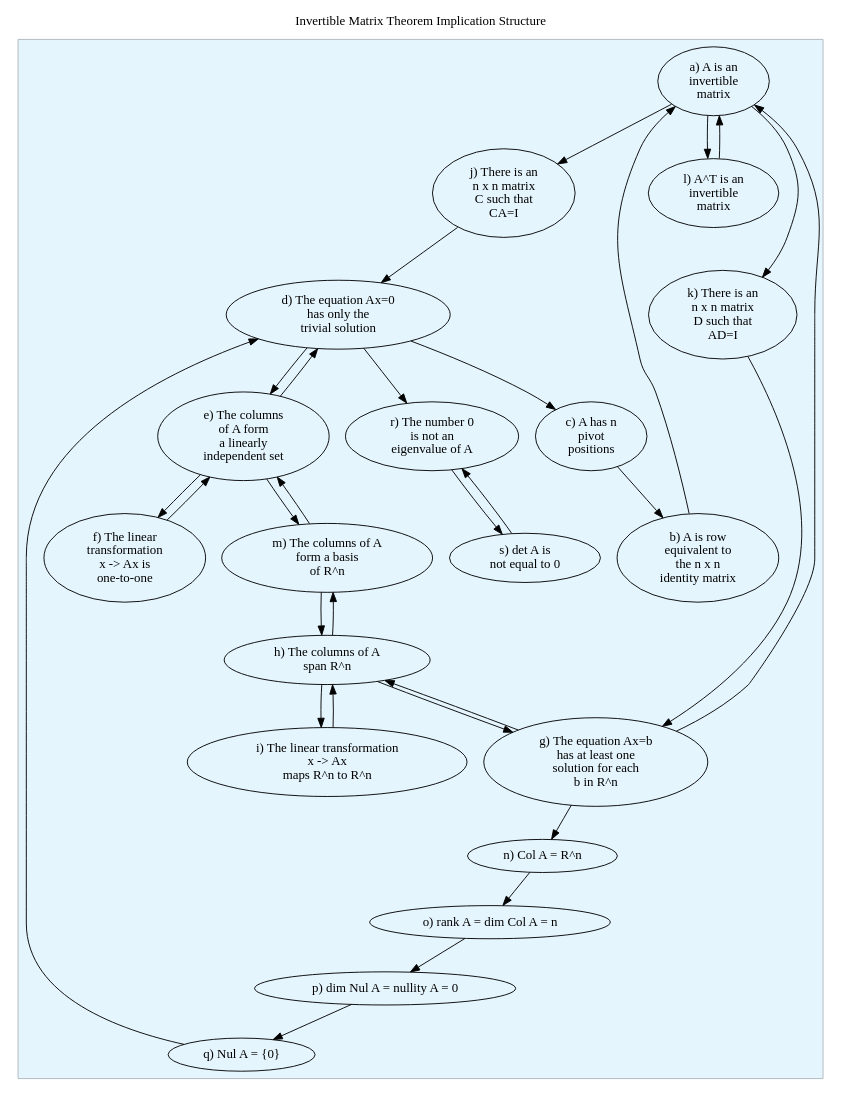
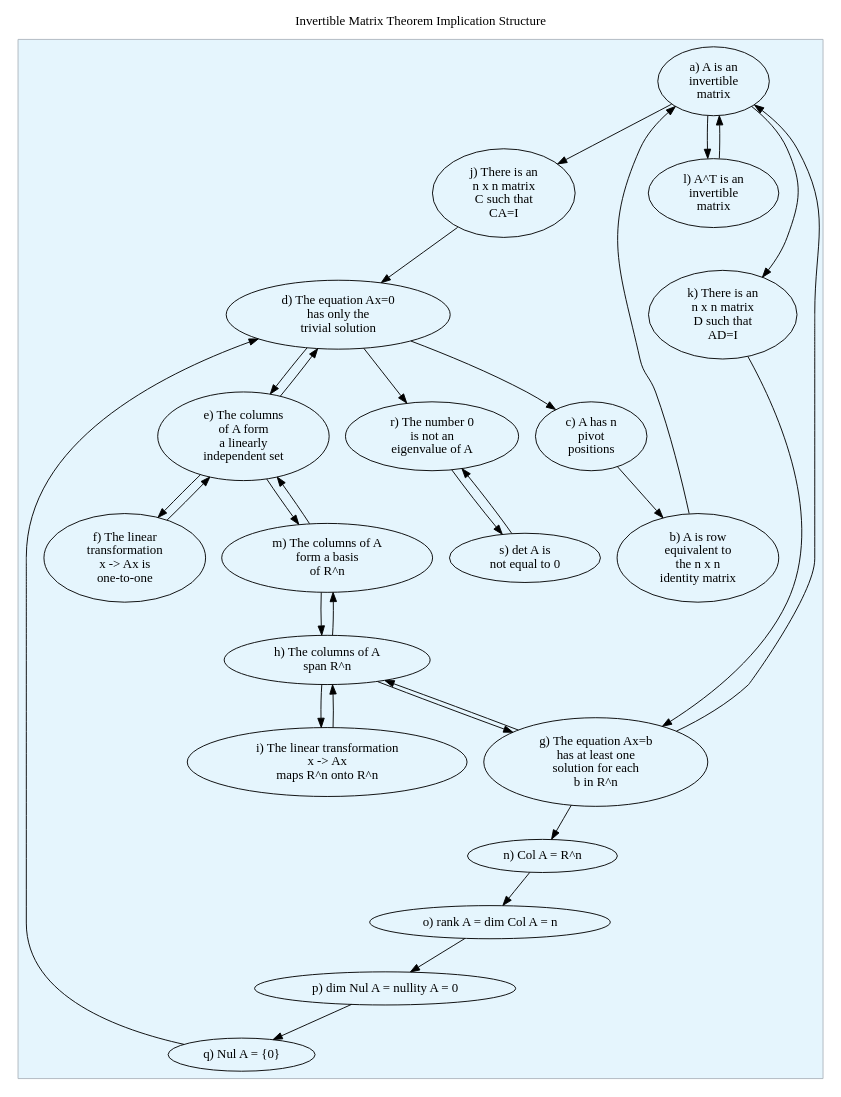
Before and after one commit to jllovet/jhu-en-625-252-fa26-linear-algebra: the diagram in disucssion-6/invertible-matrix-theorem.dot, drawn with Graphviz. The commit also changed 2 other files, not shown here.

Commit message:
Update IMT diagram to use LaTeX, add script to render

```diff
--- a/disucssion-6/invertible-matrix-theorem.dot
+++ b/disucssion-6/invertible-matrix-theorem.dot
@@ -1,63 +1,88 @@
 digraph G {
     rankdir="TB"
     ratio=auto
     ranksep=auto
     // layout=neato
     // overlap=false
 
+    // dot2tex: LaTeX preamble for the standalone document
+    d2tdocpreamble="\usepackage{amsmath}\usepackage{amssymb}"
+
     label="Invertible Matrix Theorem Implication Structure"
+    texlbl="\textbf{Invertible Matrix Theorem Implication Structure}"
     labelloc="t"
 
     // Nodes
+    // `label` is used by plain Graphviz (dot -Tpng); `texlbl` is used by dot2tex.
     subgraph cluster_imt {
         label=""
+        texlbl=""
         style=rounded
         style=filled
         pencolor="#AEB6BE"
         bgcolor="#E5F5FD"
-        prop_a [label="a) A is an\ninvertible\nmatrix"]
-        prop_b [label="b) A is row\nequivalent to\nthe n x n\nidentity matrix"]
-        prop_c [label="c) A has n\npivot\npositions"]
-        prop_d [label="d) The equation Ax=0\nhas only the\ntrivial solution"]
-        prop_e [label="e) The columns\nof A form\na linearly\nindependent set"]
-        prop_f [label="f) The linear\ntransformation\nx -> Ax is\none-to-one"]
-        prop_g [label="g) The equation Ax=b\nhas at least one\nsolution for each\nb in R^n"]
-        prop_h [label="h) The columns of A\nspan R^n"]
-        prop_i [label="i) The linear transformation\nx -> Ax\nmaps R^n to R^n"]
-        prop_j [label="j) There is an\nn x n matrix\nC such that\nCA=I"]
-        prop_k [label="k) There is an\nn x n matrix\nD such that\nAD=I"]
-        prop_l [label="l) A^T is an\ninvertible\nmatrix"]
-        prop_m [label="m) The columns of A\nform a basis\nof R^n"]
-        prop_n [label="n) Col A = R^n"]
-        prop_o [label="o) rank A = dim Col A = n"]
-        prop_p [label="p) dim Nul A = nullity A = 0"]
-        prop_q [label="q) Nul A = {0}"]
-        prop_r [label="r) The number 0\nis not an\neigenvalue of A"]
-        prop_s [label="s) det A is\nnot equal to 0"]
+        prop_a [label="a) A is an\ninvertible\nmatrix"
+                texlbl="\shortstack{a) $A$ is an\\invertible\\matrix}"]
+        prop_b [label="b) A is row\nequivalent to\nthe n x n\nidentity matrix"
+                texlbl="\shortstack{b) $A$ is row\\equivalent to\\the $n \times n$\\identity matrix}"]
+        prop_c [label="c) A has n\npivot\npositions"
+                texlbl="\shortstack{c) $A$ has $n$\\pivot\\positions}"]
+        prop_d [label="d) The equation Ax=0\nhas only the\ntrivial solution"
+                texlbl="\shortstack{d) The equation $A\mathbf{x}=\mathbf{0}$\\has only the\\trivial solution}"]
+        prop_e [label="e) The columns\nof A form\na linearly\nindependent set"
+                texlbl="\shortstack{e) The columns\\of $A$ form\\a linearly\\independent set}"]
+        prop_f [label="f) The linear\ntransformation\nx -> Ax is\none-to-one"
+                texlbl="\shortstack{f) The linear\\transformation\\$\mathbf{x} \mapsto A\mathbf{x}$ is\\one-to-one}"]
+        prop_g [label="g) The equation Ax=b\nhas at least one\nsolution for each\nb in R^n"
+                texlbl="\shortstack{g) The equation $A\mathbf{x}=\mathbf{b}$\\has at least one\\solution for each\\$\mathbf{b} \in \mathbb{R}^n$}"]
+        prop_h [label="h) The columns of A\nspan R^n"
+                texlbl="\shortstack{h) The columns of $A$\\span $\mathbb{R}^n$}"]
+        prop_i [label="i) The linear transformation\nx -> Ax\nmaps R^n onto R^n"
+                texlbl="\shortstack{i) The linear transformation\\$\mathbf{x} \mapsto A\mathbf{x}$\\maps $\mathbb{R}^n$ onto $\mathbb{R}^n$}"]
+        prop_j [label="j) There is an\nn x n matrix\nC such that\nCA=I"
+                texlbl="\shortstack{j) There is an\\$n \times n$ matrix\\$C$ such that\\$CA=I$}"]
+        prop_k [label="k) There is an\nn x n matrix\nD such that\nAD=I"
+                texlbl="\shortstack{k) There is an\\$n \times n$ matrix\\$D$ such that\\$AD=I$}"]
+        prop_l [label="l) A^T is an\ninvertible\nmatrix"
+                texlbl="\shortstack{l) $A^T$ is an\\invertible\\matrix}"]
+        prop_m [label="m) The columns of A\nform a basis\nof R^n"
+                texlbl="\shortstack{m) The columns of $A$\\form a basis\\of $\mathbb{R}^n$}"]
+        prop_n [label="n) Col A = R^n"
+                texlbl="n) $\operatorname{Col} A = \mathbb{R}^n$"]
+        prop_o [label="o) rank A = dim Col A = n"
+                texlbl="o) $\operatorname{rank} A = \dim \operatorname{Col} A = n$"]
+        prop_p [label="p) dim Nul A = nullity A = 0"
+                texlbl="p) $\dim \operatorname{Nul} A = \operatorname{nullity} A = 0$"]
+        prop_q [label="q) Nul A = {0}"
+                texlbl="q) $\operatorname{Nul} A = \{\mathbf{0}\}$"]
+        prop_r [label="r) The number 0\nis not an\neigenvalue of A"
+                texlbl="\shortstack{r) The number $0$\\is not an\\eigenvalue of $A$}"]
+        prop_s [label="s) det A is\nnot equal to 0"
+                texlbl="s) $\det A \neq 0$"]
     }
 
     // Edges
 
     prop_a -> prop_j -> prop_d -> prop_c -> prop_b -> prop_a
-    
+
     prop_a -> prop_l
     prop_l -> prop_a
 
     prop_a -> prop_k -> prop_g -> prop_a
 
     prop_g -> prop_h -> prop_i -> prop_h -> prop_g
 
     prop_g -> prop_n -> prop_o -> prop_p -> prop_q -> prop_d
 
     prop_d -> prop_e -> prop_f -> prop_e -> prop_d
 
     prop_m -> prop_e -> prop_m
 
     prop_m -> prop_h -> prop_m
 
     prop_r -> prop_s
     prop_s -> prop_r
 
     prop_d -> prop_r
 
 }
```
